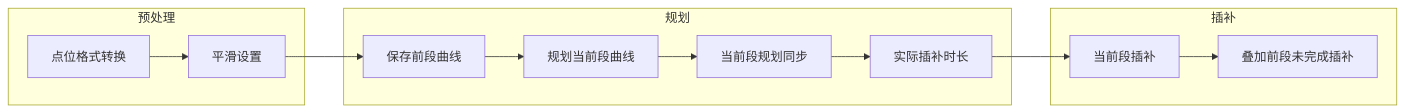
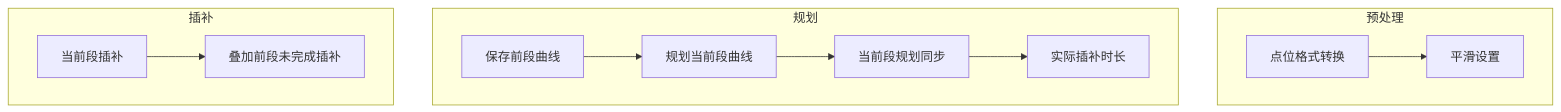
The third of 4 diagrams in src/interpolation/README.md (lazyshawn/NeoRobotController), drawn with Mermaid before and after one commit. The commit also changed other lines of this file and 1 other file, not shown here.

Commit message:
doc(interp): time sequence of cartesian interp

````diff
--- a/src/interpolation/README.md
+++ b/src/interpolation/README.md
@@ -69,19 +69,16 @@
 ```mermaid
-flowchart LR
+flowchart TD
     subgraph Stage1 [预处理]
         A1[点位格式转换] --> B1[平滑设置]
     end
 
     subgraph Stage2 [规划]
         A2[保存前段曲线] --> B2[规划当前段曲线]
         B2 --> C2[当前段规划同步]
         C2 --> D2[实际插补时长]
     end
 
     subgraph Stage3 [插补]
         A3[当前段插补] --> B3[叠加前段未完成插补]
     end
-
-    B1 --> A2
-    D2 --> A3
 ```
````
